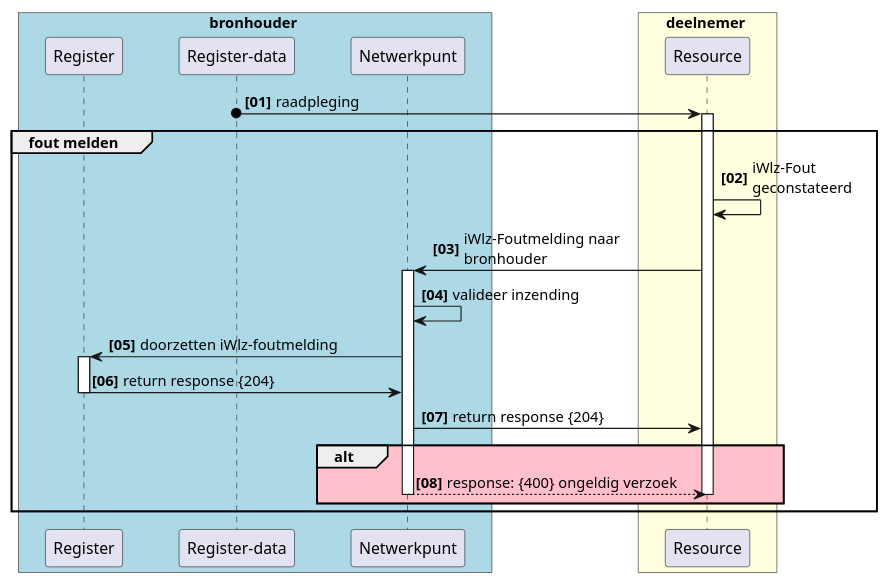
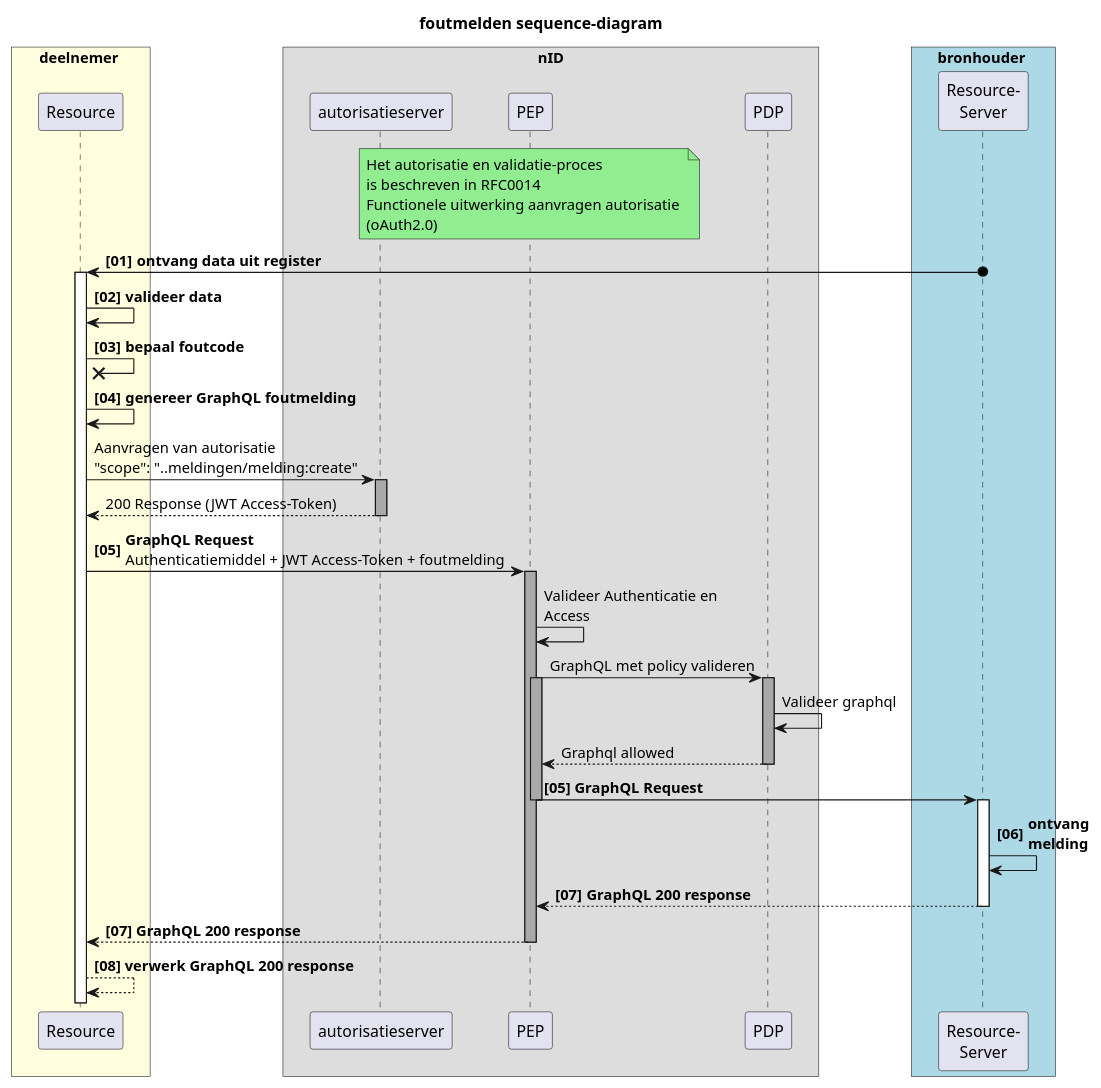
Before and after one commit to iStandaarden/iWlz-RequestForComment: the third of 4 diagrams in RFC/RFC0018 - Melden van fouten in gegevens volgens iStandaard iWlz.md, drawn with PlantUML. The commit also changed other lines of this file and 4 other files, not shown here.

````diff
--- a/RFC/RFC0018 - Melden van fouten in gegevens volgens iStandaard iWlz.md
+++ b/RFC/RFC0018 - Melden van fouten in gegevens volgens iStandaard iWlz.md
@@ -265,40 +231,65 @@
 ```plantuml
-@startuml rfc0018-02-foutmelden
+@startuml rfc008-02-foutmelden_sequence
+title foutmelden sequence-diagram
 skinparam handwritten false
 skinparam participantpadding 20
 skinparam boxpadding 40
-autonumber "<b>[00]"
-box bronhouder #lightblue
-participant "Register" as brs
-participant "Register-data" as rg
-participant "Netwerkpunt" as bnp 
+
+box deelnemer #lightyellow
+  participant "Resource" as Resource
 end box
 
-box deelnemer #lightyellow
-participant "Resource" as rsrc
+box "nID"
+  participant "autorisatieserver" as AuthzServer
+  participant "PEP" as PEP
+  participant "PDP" as PDP
 end box
 
-rg o-> rsrc: raadpleging
-    activate rsrc
+box bronhouder #lightblue
+  participant "Resource-\nServer" as ResServer
+end box
 
-group fout melden
-    rsrc -> rsrc: iWlz-Fout \ngeconstateerd
-    rsrc -> bnp: iWlz-Foutmelding naar \nbronhouder
-    activate bnp
-    bnp -> bnp: valideer inzending
-    bnp -> brs: doorzetten iWlz-foutmelding
-    activate brs
-    brs -> bnp: return response {204}
-    deactivate brs
-    bnp -> rsrc: return response {204}
+note over PEP #lightgreen: Het autorisatie en validatie-proces \nis beschreven in RFC0014 \nFunctionele uitwerking aanvragen autorisatie \n(oAuth2.0) 
+autonumber "<b>[00]"
 
-    alt #Pink
-      bnp --> rsrc: response: {400} ongeldig verzoek
-      deactivate bnp
-      deactivate rsrc
-    end alt
+ResServer o-> Resource: <b>ontvang data uit register
+activate Resource 
+  Resource -> Resource: <b>valideer data
+  Resource -x Resource : <b>bepaal foutcode
+  Resource -> Resource: <b>genereer GraphQL foutmelding
 
-end
+autonumber stop
+  Resource -> AuthzServer: Aanvragen van autorisatie\n"scope": "..meldingen/melding:create" 
+    activate AuthzServer #Darkgrey
+        AuthzServer --> Resource --: 200 Response (JWT Access-Token) 
+    deactivate AuthzServer
+autonumber resume
+  Resource -> PEP: **GraphQL Request **\nAuthenticatiemiddel + JWT Access-Token + foutmelding
 
-@enduml
+autonumber stop
+  activate PEP #Darkgrey
+
+  PEP -> PEP: Valideer Authenticatie en \nAccess
+  PEP -> PDP: GraphQL met policy valideren
+    activate PEP #Darkgrey
+      activate PDP #Darkgrey
+      PDP -> PDP: Valideer graphql    
+      autonumber stop
+        PDP --> PEP: Graphql allowed
+      deactivate PDP
+      PEP -> ResServer: **[05] GraphQL Request**
+    deactivate PEP
+
+autonumber resume
+    activate ResServer
+    ResServer -> ResServer: <b>ontvang \n<b>melding
+    ResServer --> PEP: <b>GraphQL 200 response
+    deactivate ResServer
+autonumber stop
+
+    PEP --> Resource: <b>[07] GraphQL 200 response
+    deactivate PEP 
+    Resource --> Resource: <b>[08] verwerk GraphQL 200 response
+
+  @enduml
 ```
````
